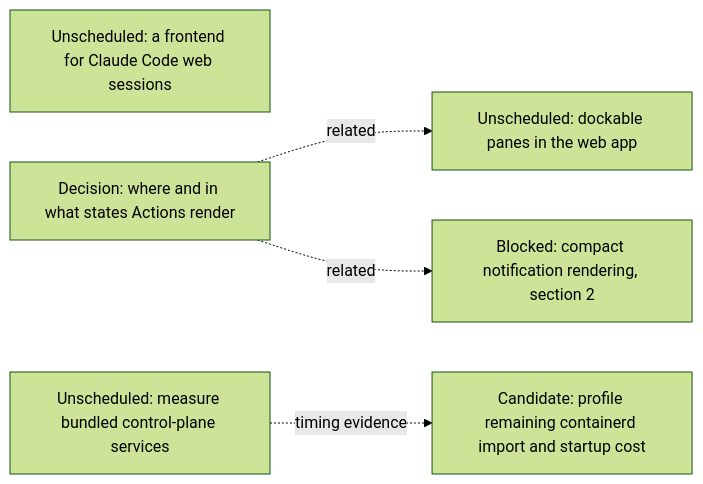
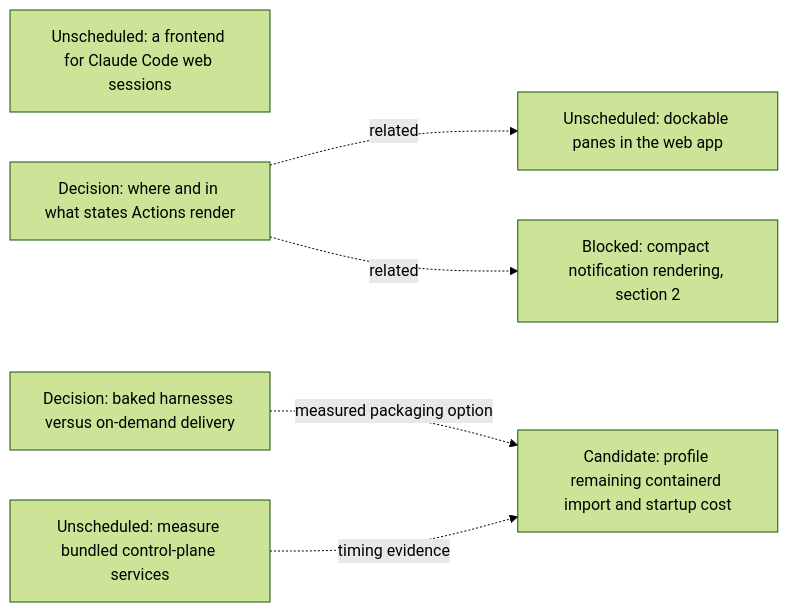
One commit to agentydragon/ducktape changed the seventh of 16 diagrams in agentplane/plans/task_dag.md. Above: the diagram before and after it, drawn with Mermaid (forest theme). The commit also changed other lines of this file, not shown here.

Commit message:
docs(agentplane): plan harness delivery latency comparison

````diff
--- a/agentplane/plans/task_dag.md
+++ b/agentplane/plans/task_dag.md
@@ -583,12 +583,14 @@
 ```mermaid
 flowchart LR
     CLAUDE_CODE_WEB_BRIDGE[Unscheduled: a frontend for Claude Code web sessions]
     ACTION_SURFACES_DESIGN[Decision: where and in what states Actions render]
     K3S_STARTUP_COST[Candidate: profile remaining containerd import and startup cost]
+    RUNNER_HARNESS_DELIVERY_DESIGN[Decision: baked harnesses versus on-demand delivery]
+    RUNNER_HARNESS_DELIVERY_DESIGN -. measured packaging option .-> K3S_STARTUP_COST
     K3S_BUNDLED_SERVICES_SPIKE[Unscheduled: measure bundled control-plane services]
     K3S_BUNDLED_SERVICES_SPIKE -. timing evidence .-> K3S_STARTUP_COST
     DOCKABLE_PANES[Unscheduled: dockable panes in the web app]
     ACTION_SURFACES_DESIGN -. related .-> DOCKABLE_PANES
     NOTIFICATION_PRESENTATION[Blocked: compact notification rendering, section 2]
     ACTION_SURFACES_DESIGN -. related .-> NOTIFICATION_PRESENTATION
 ```
````
